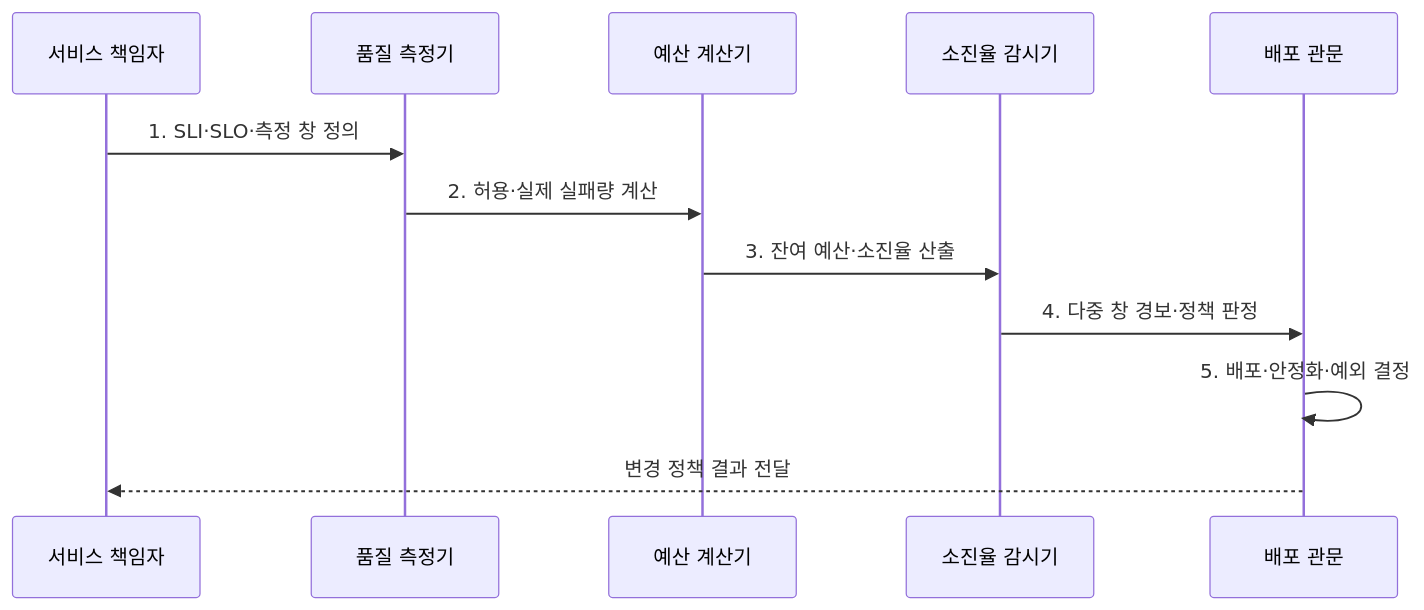
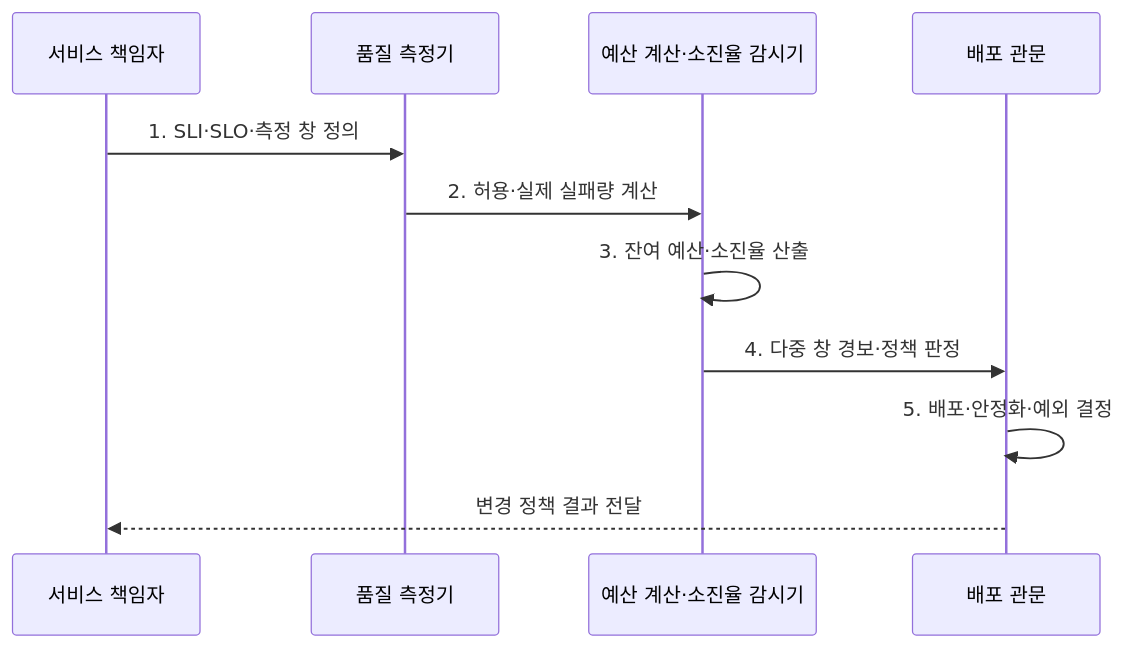
One commit to agnusdei1207/knowledge-base changed the second of 2 diagrams in src/content/docs/notes/06-evaluation/016_error_budget.md. Above: the diagram before and after it, drawn with Mermaid. The commit also changed 6 other files, not shown here.

Commit message:
Simplify evaluation calculation flows

````diff
--- a/src/content/docs/notes/06-evaluation/016_error_budget.md
+++ b/src/content/docs/notes/06-evaluation/016_error_budget.md
@@ -101,14 +101,13 @@
 ```mermaid
 sequenceDiagram
   participant O as 서비스 책임자
   participant M as 품질 측정기
-  participant B as 예산 계산기
-  participant R as 소진율 감시기
+    participant B as 예산 계산·소진율 감시기
   participant G as 배포 관문
   O->>M: 1. SLI·SLO·측정 창 정의
   M->>B: 2. 허용·실제 실패량 계산
-  B->>R: 3. 잔여 예산·소진율 산출
-  R->>G: 4. 다중 창 경보·정책 판정
+    B->>B: 3. 잔여 예산·소진율 산출
+    B->>G: 4. 다중 창 경보·정책 판정
   G->>G: 5. 배포·안정화·예외 결정
   G-->>O: 변경 정책 결과 전달
 ```
````
